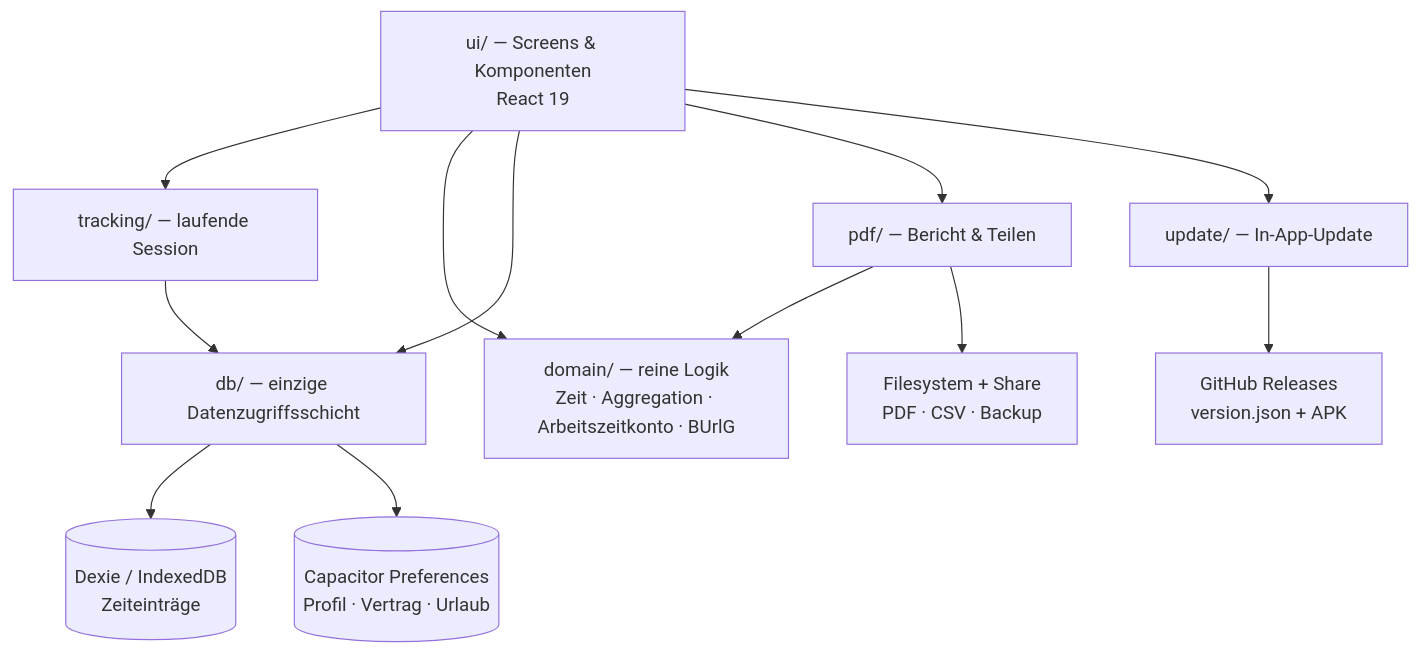
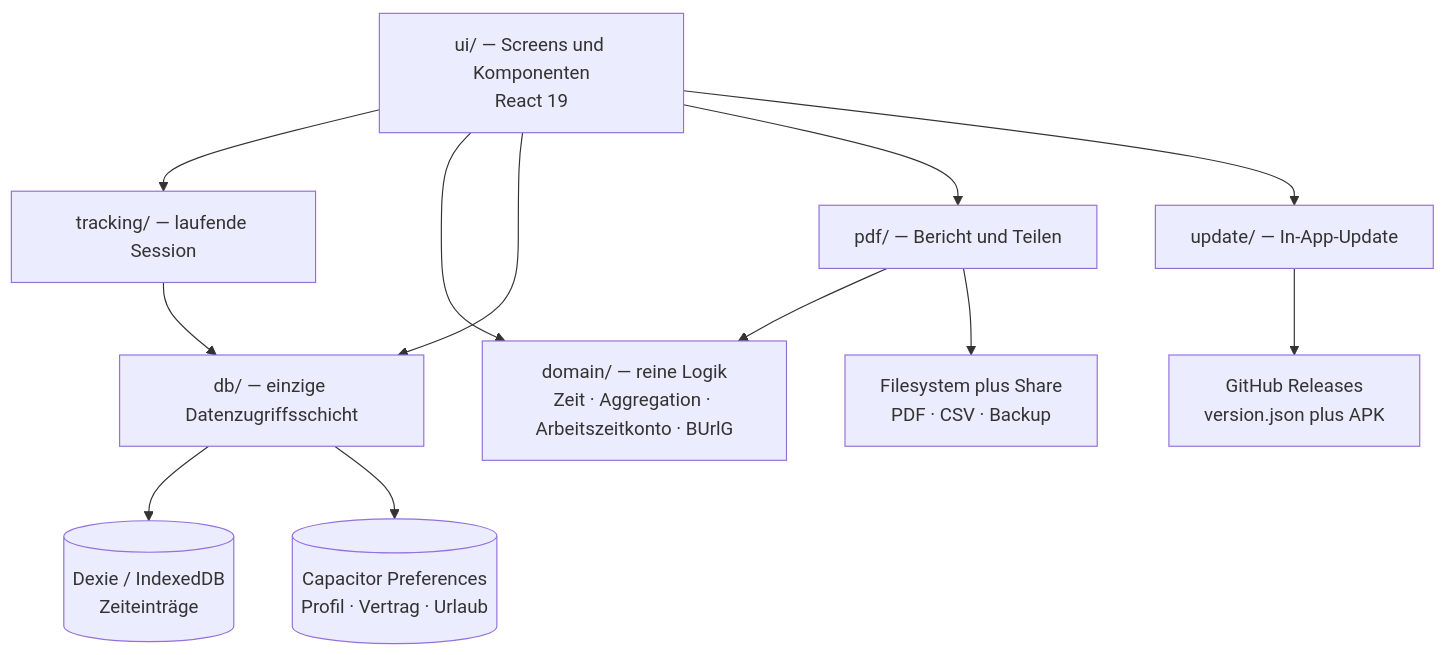
Before and after one commit to BosslandX/klarzeit: the diagram in README.md, drawn with Mermaid.

Commit message:
docs: Mermaid-Node-Labels ohne HTML-Entities
Ampersands in Node-Labels werden von Mermaid je nach Renderer
unterschiedlich behandelt. Ausgeschrieben ist es ueberall gleich.

````diff
--- a/README.md
+++ b/README.md
@@ -227,26 +227,26 @@
 ```mermaid
 flowchart TD
-    UI["ui/ — Screens &amp; Komponenten<br/>React 19"]
+    UI["ui/ — Screens und Komponenten<br/>React 19"]
     TR["tracking/ — laufende Session"]
     DOM["domain/ — reine Logik<br/>Zeit · Aggregation · Arbeitszeitkonto · BUrlG"]
     DB["db/ — einzige Datenzugriffsschicht"]
-    PDF["pdf/ — Bericht &amp; Teilen"]
+    PDF["pdf/ — Bericht und Teilen"]
     UPD["update/ — In-App-Update"]
 
     DEXIE[("Dexie / IndexedDB<br/>Zeiteinträge")]
     PREF[("Capacitor Preferences<br/>Profil · Vertrag · Urlaub")]
-    FS["Filesystem + Share<br/>PDF · CSV · Backup"]
-    GH["GitHub Releases<br/>version.json + APK"]
+    FS["Filesystem plus Share<br/>PDF · CSV · Backup"]
+    GH["GitHub Releases<br/>version.json plus APK"]
 
     UI --> TR
     UI --> DOM
     UI --> DB
     UI --> PDF
     UI --> UPD
     TR --> DB
     DB --> DEXIE
     DB --> PREF
     PDF --> DOM
     PDF --> FS
     UPD --> GH
 ```
````
